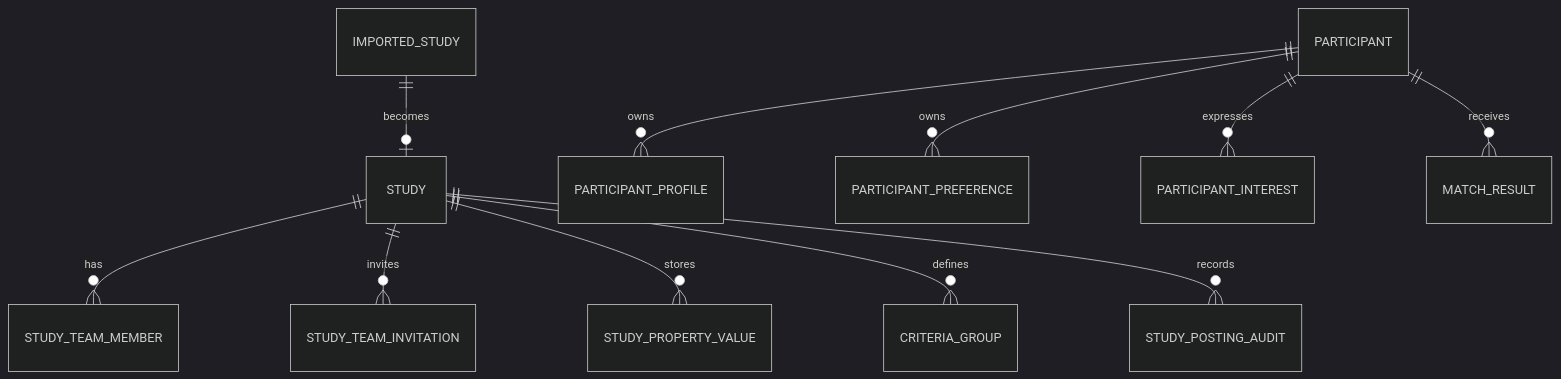
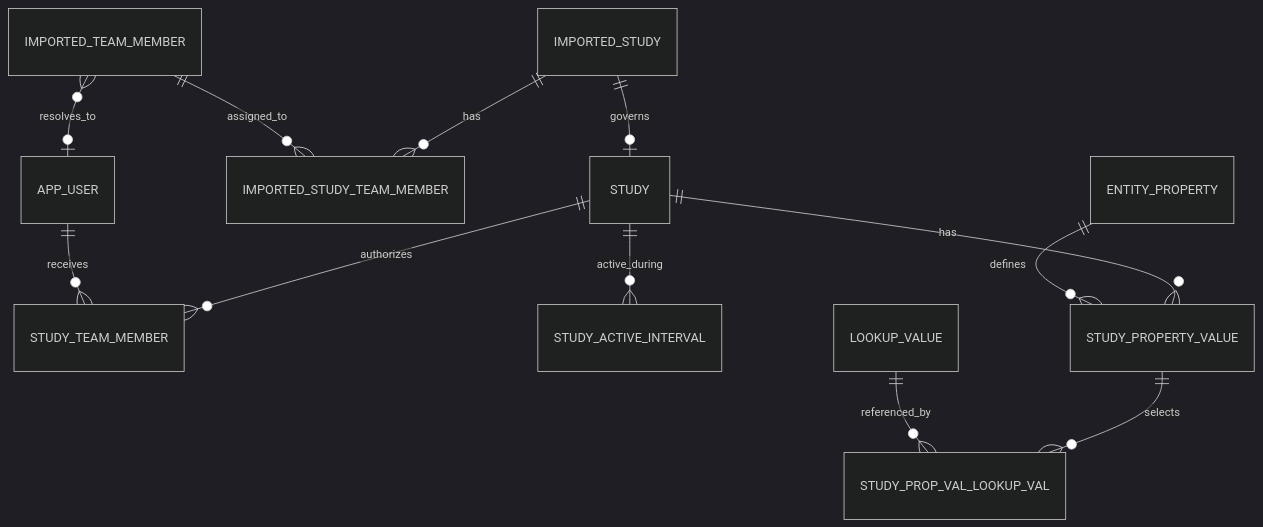
Before and after one commit to umich-michr/yhr-context: the first of 10 diagrams in docs/07-data-model/relationship-model.md, drawn with Mermaid (dark theme). The commit also changed other lines of this file and 79 other files, not shown here.

````diff
--- a/docs/07-data-model/relationship-model.md
+++ b/docs/07-data-model/relationship-model.md
@@ -19,13 +30,17 @@
 ```mermaid
 erDiagram
-    IMPORTED_STUDY ||--o| STUDY : becomes
-    STUDY ||--o{ STUDY_TEAM_MEMBER : has
-    STUDY ||--o{ STUDY_TEAM_INVITATION : invites
-    STUDY ||--o{ STUDY_PROPERTY_VALUE : stores
-    STUDY ||--o{ CRITERIA_GROUP : defines
-    STUDY ||--o{ STUDY_POSTING_AUDIT : records
-    PARTICIPANT ||--o{ PARTICIPANT_PROFILE : owns
-    PARTICIPANT ||--o{ PARTICIPANT_PREFERENCE : owns
-    PARTICIPANT ||--o{ PARTICIPANT_INTEREST : expresses
-    PARTICIPANT ||--o{ MATCH_RESULT : receives
+    IMPORTED_STUDY ||--o| STUDY : governs
+    IMPORTED_STUDY ||--o{ IMPORTED_STUDY_TEAM_MEMBER : has
+    IMPORTED_TEAM_MEMBER ||--o{ IMPORTED_STUDY_TEAM_MEMBER : assigned_to
+    IMPORTED_TEAM_MEMBER }o--o| APP_USER : resolves_to
+
+    STUDY ||--o{ STUDY_TEAM_MEMBER : authorizes
+    APP_USER ||--o{ STUDY_TEAM_MEMBER : receives
+
+    STUDY ||--o{ STUDY_ACTIVE_INTERVAL : active_during
+
+    STUDY ||--o{ STUDY_PROPERTY_VALUE : has
+    ENTITY_PROPERTY ||--o{ STUDY_PROPERTY_VALUE : defines
+    STUDY_PROPERTY_VALUE ||--o{ STUDY_PROP_VAL_LOOKUP_VAL : selects
+    LOOKUP_VALUE ||--o{ STUDY_PROP_VAL_LOOKUP_VAL : referenced_by
 ```
````
